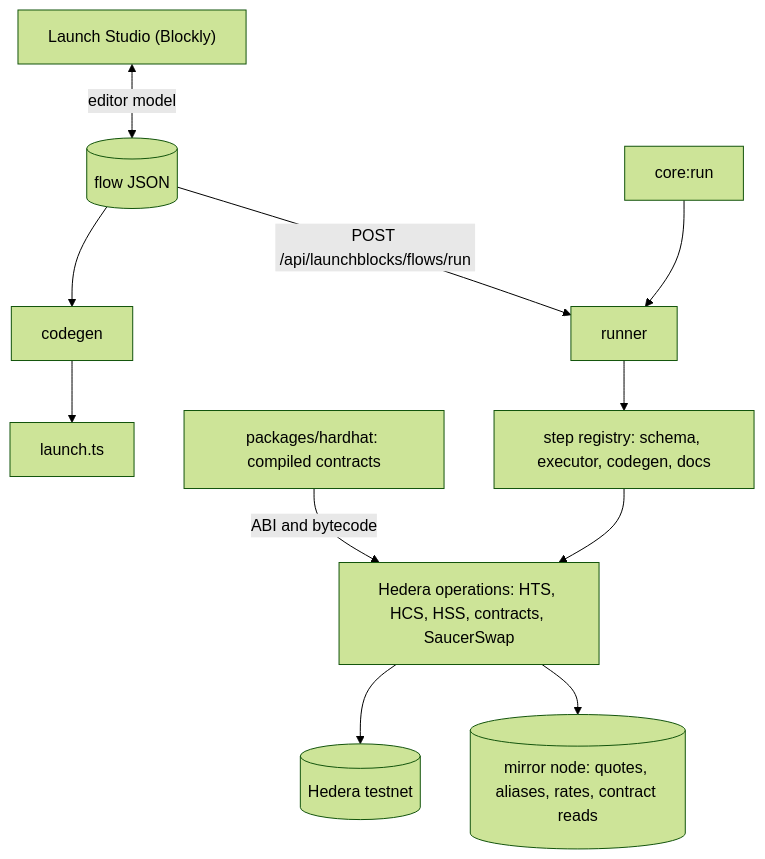
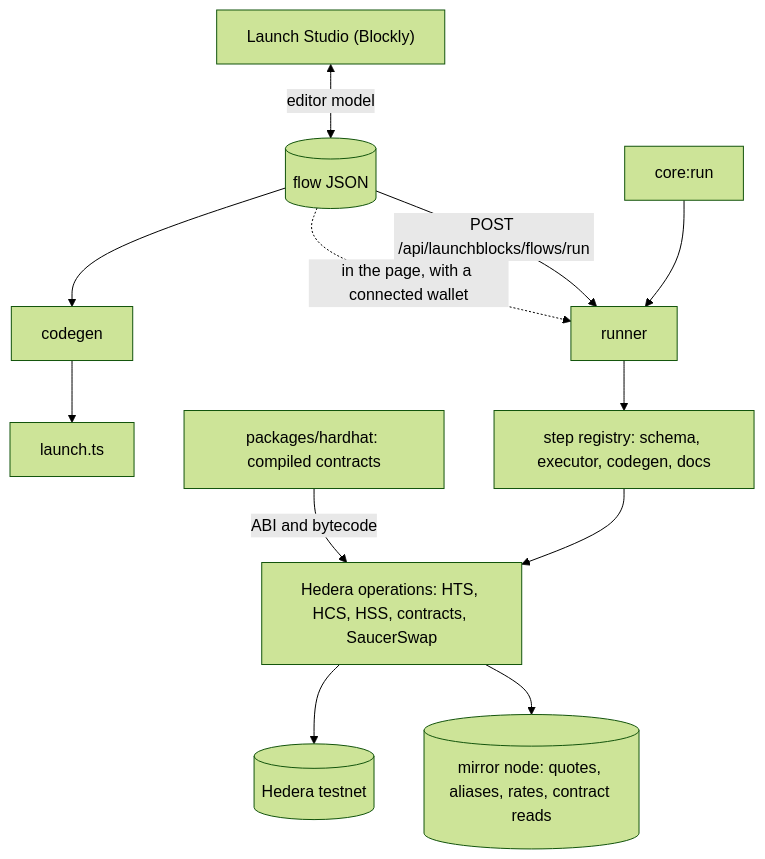
The diagram in README.md (jmgomezl/scaffold-hbar-launchblocks), drawn with Mermaid (forest theme) before and after one commit. The commit also changed other lines of this file and 1 other file, not shown here.

First line of the commit message:
docs: document signing with a connected wallet

````diff
--- a/README.md
+++ b/README.md
@@ -123,12 +126,13 @@
 ```mermaid
 flowchart TB
   Studio["Launch Studio (Blockly)"] <-->|editor model| Flow[("flow JSON")]
   CLI["core:run"] --> Runner
   Flow -->|"POST /api/launchblocks/flows/run"| Runner["runner"]
+  Flow -.->|"in the page, with a connected wallet"| Runner
   Flow --> Codegen["codegen"] --> Script["launch.ts"]
   Runner --> Registry["step registry: schema, executor, codegen, docs"]
   Registry --> Ops["Hedera operations: HTS, HCS, HSS, contracts, SaucerSwap"]
   Hardhat["packages/hardhat: compiled contracts"] -->|ABI and bytecode| Ops
   Ops --> Hedera[("Hedera testnet")]
   Ops --> Mirror[("mirror node: quotes, aliases, rates, contract reads")]
 ```
````
